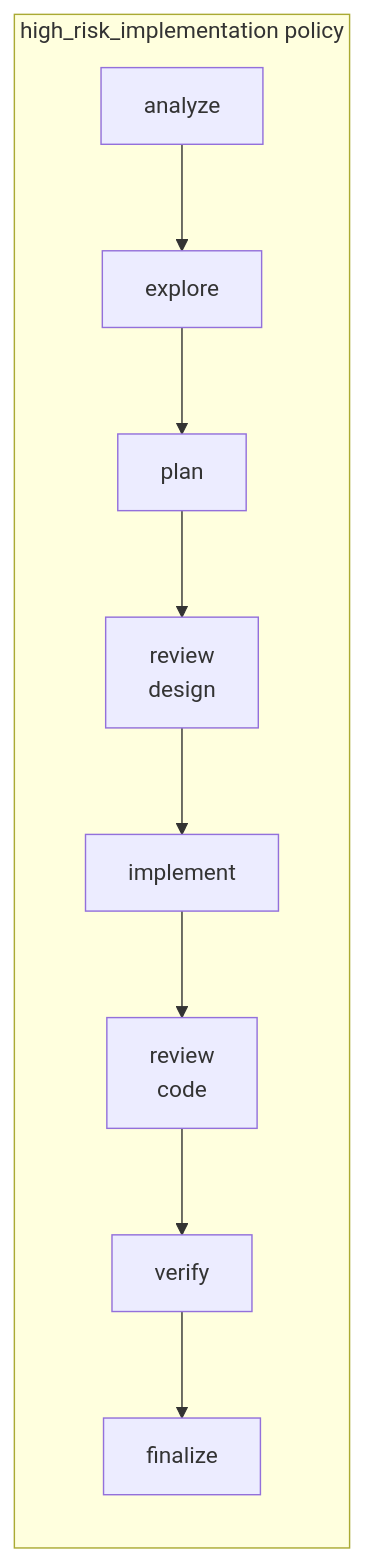
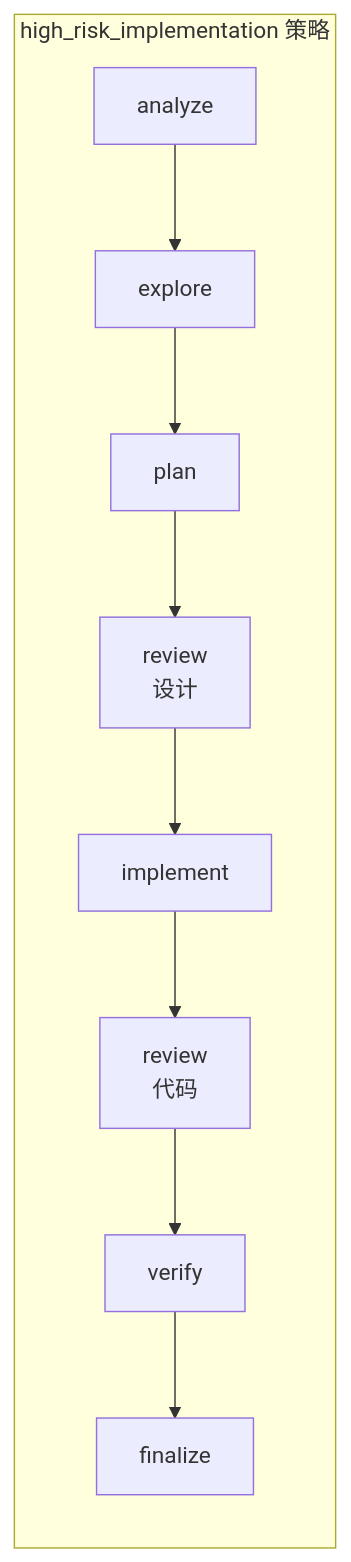
One commit to hanchaoqun/codrax changed the eighth of 8 diagrams in docs/architecture.md. Above: the diagram before and after it, drawn with Mermaid. The commit also changed other lines of this file and 1 other file, not shown here.

Commit message:
Translate README.md and architecture.md to Chinese

````diff
--- a/docs/architecture.md
+++ b/docs/architecture.md
@@ -1020,6 +1020,6 @@
 ```mermaid
 graph LR
-    subgraph "high_risk_implementation policy"
-        C1[analyze] --> C2[explore] --> C3[plan] --> C4[review<br/>design] --> C5[implement] --> C6[review<br/>code] --> C7[verify] --> C8[finalize]
+    subgraph "high_risk_implementation 策略"
+        C1[analyze] --> C2[explore] --> C3[plan] --> C4[review<br/>设计] --> C5[implement] --> C6[review<br/>代码] --> C7[verify] --> C8[finalize]
     end
 ```
````
